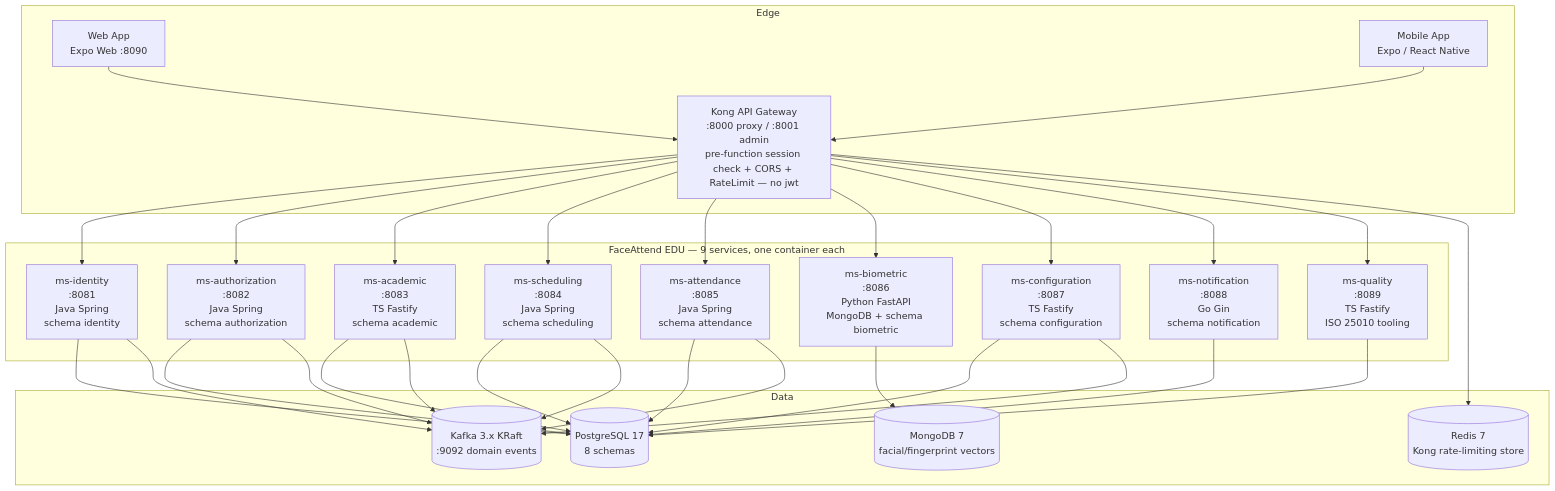
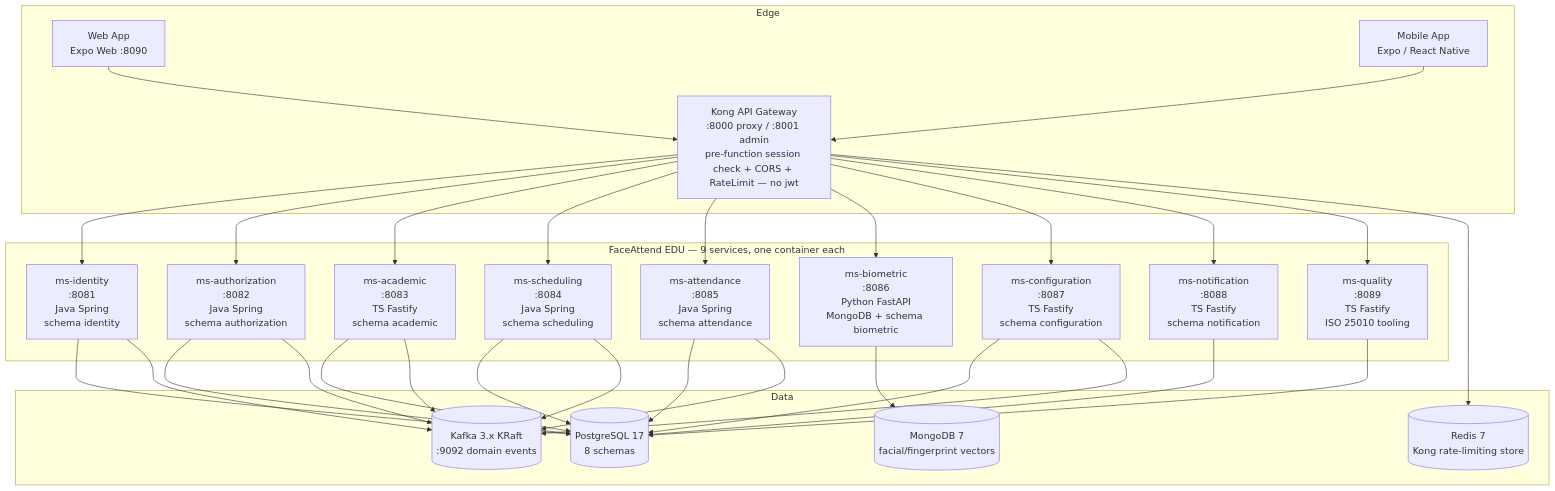
One commit to code-sena/fae-docs changed the second of 2 diagrams in 05-architecture/overview.md. Above: the diagram before and after it, drawn with Mermaid. The commit also changed other lines of this file and 64 other files, not shown here.

````diff
--- a/05-architecture/overview.md
+++ b/05-architecture/overview.md
@@ -57,52 +57,52 @@
 ```mermaid
 graph TB
   subgraph Edge
     GW[Kong API Gateway<br/>:8000 proxy / :8001 admin<br/>pre-function session check + CORS + RateLimit — no jwt]
     WEB[Web App<br/>Expo Web :8090]
     MOB[Mobile App<br/>Expo / React Native]
   end
   subgraph Services [FaceAttend EDU — 9 services, one container each]
     ID[ms-identity<br/>:8081<br/>Java Spring<br/>schema identity]
     AZ[ms-authorization<br/>:8082<br/>Java Spring<br/>schema authorization]
     AC[ms-academic<br/>:8083<br/>TS Fastify<br/>schema academic]
     SC[ms-scheduling<br/>:8084<br/>Java Spring<br/>schema scheduling]
     AT[ms-attendance<br/>:8085<br/>Java Spring<br/>schema attendance]
     BM[ms-biometric<br/>:8086<br/>Python FastAPI<br/>MongoDB + schema biometric]
     CF[ms-configuration<br/>:8087<br/>TS Fastify<br/>schema configuration]
-    NT[ms-notification<br/>:8088<br/>Go Gin<br/>schema notification]
+    NT[ms-notification<br/>:8088<br/>TS Fastify<br/>schema notification]
     QL[ms-quality<br/>:8089<br/>TS Fastify<br/>ISO 25010 tooling]
   end
   subgraph Data
     PG[(PostgreSQL 17<br/>8 schemas)]
     MG[(MongoDB 7<br/>facial/fingerprint vectors)]
     RD[(Redis 7<br/>Kong rate-limiting store)]
     KA[(Kafka 3.x KRaft<br/>:9092 domain events)]
   end
   WEB --> GW
   MOB --> GW
   GW --> ID
   GW --> AZ
   GW --> AC
   GW --> SC
   GW --> AT
   GW --> BM
   GW --> CF
   GW --> NT
   GW --> QL
   ID --> PG
   AZ --> PG
   AC --> PG
   SC --> PG
   AT --> PG
   NT --> PG
   CF --> PG
   QL --> PG
   BM --> MG
   GW --> RD
   ID --> KA
   AZ --> KA
   AC --> KA
   SC --> KA
   AT --> KA
   CF --> KA
 ```
````
